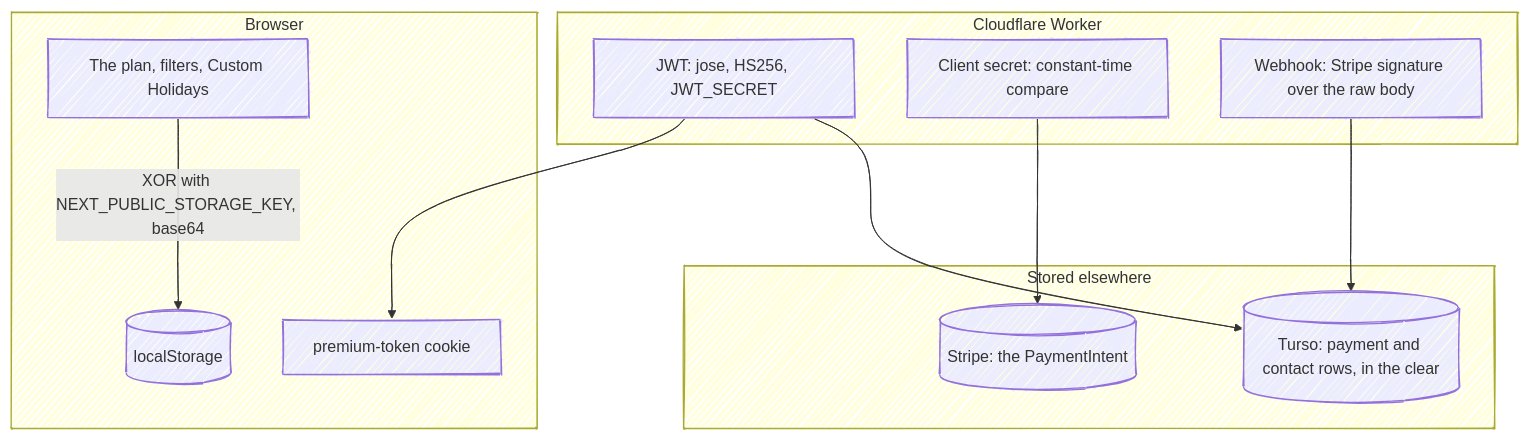
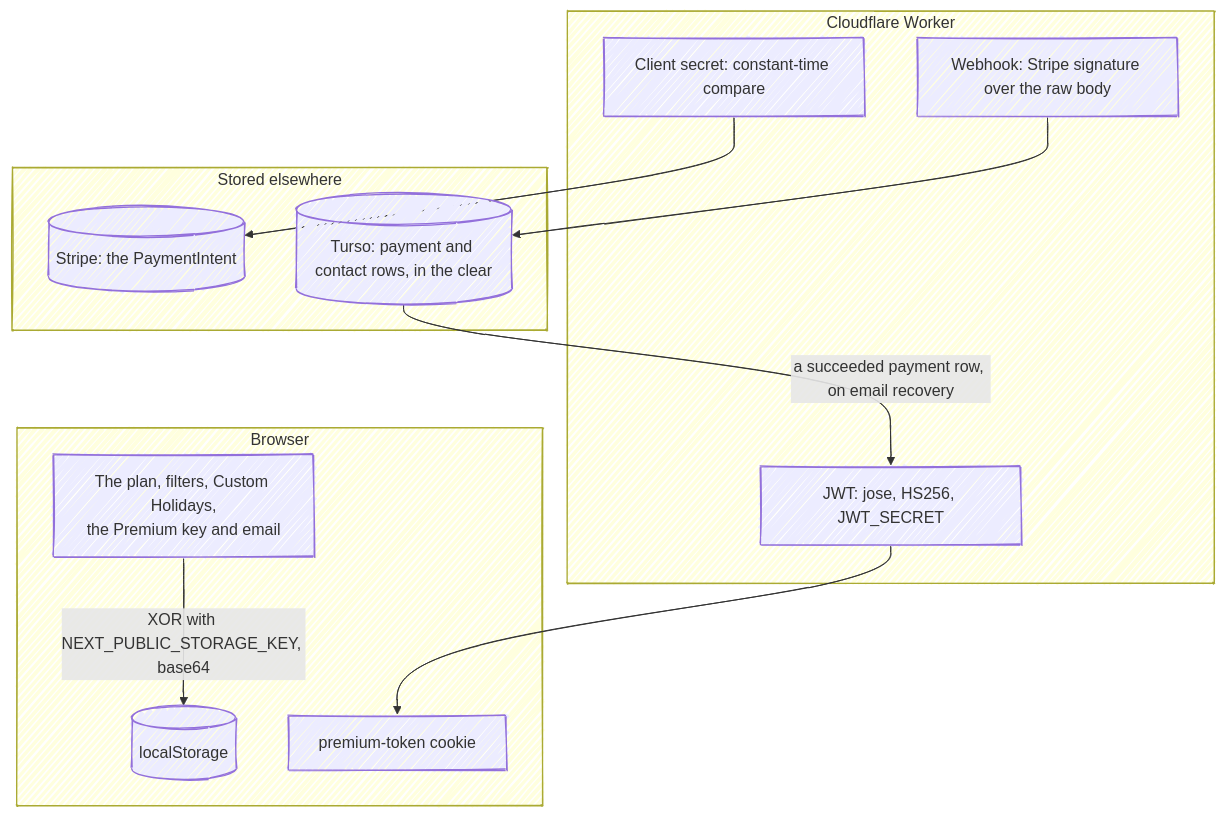
One commit to fbuireu/forever-pto changed the diagram in apps/docs/src/content/docs/how-it-works/data-protection.mdx. Above: the diagram before and after it, drawn with Mermaid. The commit also changed 21 other files, not shown here.

````diff
--- a/apps/docs/src/content/docs/how-it-works/data-protection.mdx
+++ b/apps/docs/src/content/docs/how-it-works/data-protection.mdx
@@ -10,24 +10,24 @@
 ```mermaid
 ---
 config:
   look: handDrawn
   layout: dagre
 ---
 flowchart TB
   subgraph browser [Browser]
-    PLAN["The plan, filters, Custom Holidays"] -->|"XOR with NEXT_PUBLIC_STORAGE_KEY, base64"| LS[(localStorage)]
+    PLAN["The plan, filters, Custom Holidays,<br/>the Premium key and email"] -->|"XOR with NEXT_PUBLIC_STORAGE_KEY, base64"| LS[(localStorage)]
     TOK["premium-token cookie"]
   end
   subgraph edge [Cloudflare Worker]
     JWT["JWT: jose, HS256, JWT_SECRET"] --> TOK
     CS["Client secret: constant-time compare"]
     WH["Webhook: Stripe signature over the raw body"]
   end
   subgraph stores [Stored elsewhere]
     STRIPE[("Stripe: the PaymentIntent")]
     DB[("Turso: payment and contact rows, in the clear")]
   end
   CS --> STRIPE
   WH --> DB
-  JWT --> DB
+  DB -->|"a succeeded payment row, on email recovery"| JWT
 ```
````
